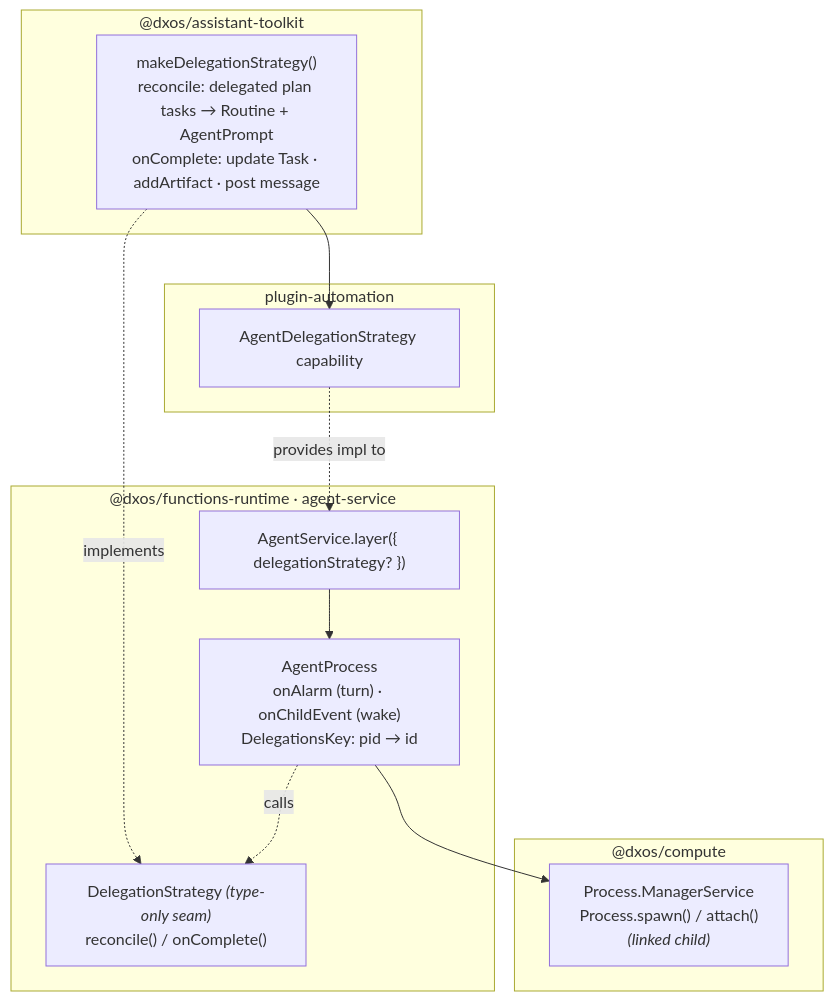
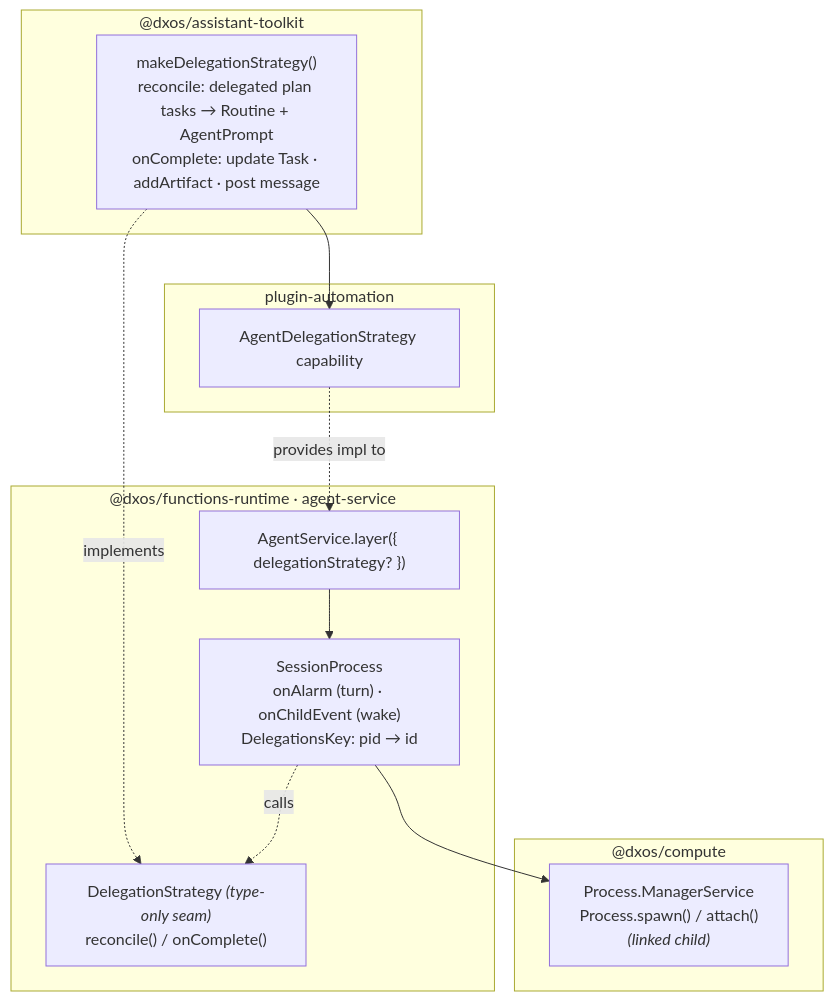
One commit to dxos/dxos changed the first of 2 diagrams in packages/core/compute/agent-runtime/src/agent-service/README.md. Above: the diagram before and after it, drawn with Mermaid. The commit also changed other lines of this file and 342 other files, not shown here.

First line of the commit message:
compute: unified Agent module, remove HarnessService, rename AgentProcess to SessionProcess

````diff
--- a/packages/core/compute/agent-runtime/src/agent-service/README.md
+++ b/packages/core/compute/agent-runtime/src/agent-service/README.md
@@ -15,27 +15,27 @@
 ```mermaid
 flowchart TB
   subgraph rt["@dxos/compute"]
     POI["Process.ManagerService<br/>Process.spawn() / attach()<br/><i>(linked child)</i>"]
   end
 
   subgraph fr["@dxos/functions-runtime · agent-service"]
     AS["AgentService.layer({ delegationStrategy? })"]
-    AP["AgentProcess<br/>onAlarm (turn) · onChildEvent (wake)<br/>DelegationsKey: pid → id"]
+    AP["SessionProcess<br/>onAlarm (turn) · onChildEvent (wake)<br/>DelegationsKey: pid → id"]
     SS["DelegationStrategy <i>(type-only seam)</i><br/>reconcile() / onComplete()"]
     AS --> AP
     AP -. "calls" .-> SS
     AP --> POI
   end
 
   subgraph tk["@dxos/assistant-toolkit"]
     IMPL["makeDelegationStrategy()<br/>reconcile: delegated plan tasks → Routine + AgentPrompt<br/>onComplete: update Task · addArtifact · post message"]
   end
 
   subgraph pa["plugin-automation"]
     CAP["AgentDelegationStrategy capability"]
   end
 
   IMPL -. "implements" .-> SS
   CAP -. "provides impl to" .-> AS
   IMPL --> CAP
 ```
````
